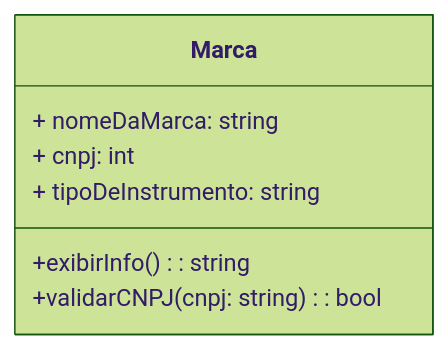
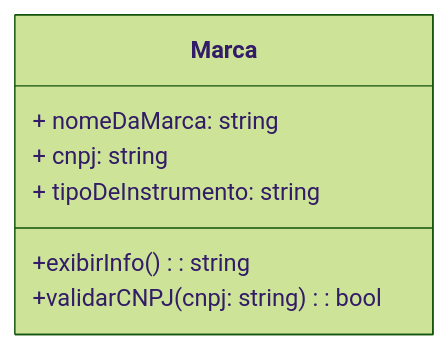
The diagram in marca.md (JoaoVitorCaetano/PooJavaCeub-Grupo8), drawn with Mermaid (forest theme) before and after one commit.

Commit message:
marca.md

````diff
--- a/marca.md
+++ b/marca.md
@@ -1,11 +1,11 @@
 ```mermaid
 classDiagram
   class Marca {
 
 + nomeDaMarca: string
-+ cnpj: int
++ cnpj: string
 + tipoDeInstrumento: string
 +exibirInfo(): string
 +validarCNPJ(cnpj: string): bool
 }
 ```
````
